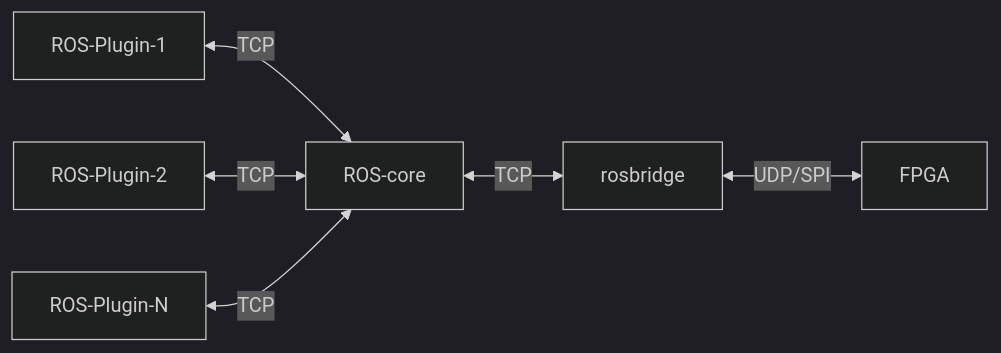
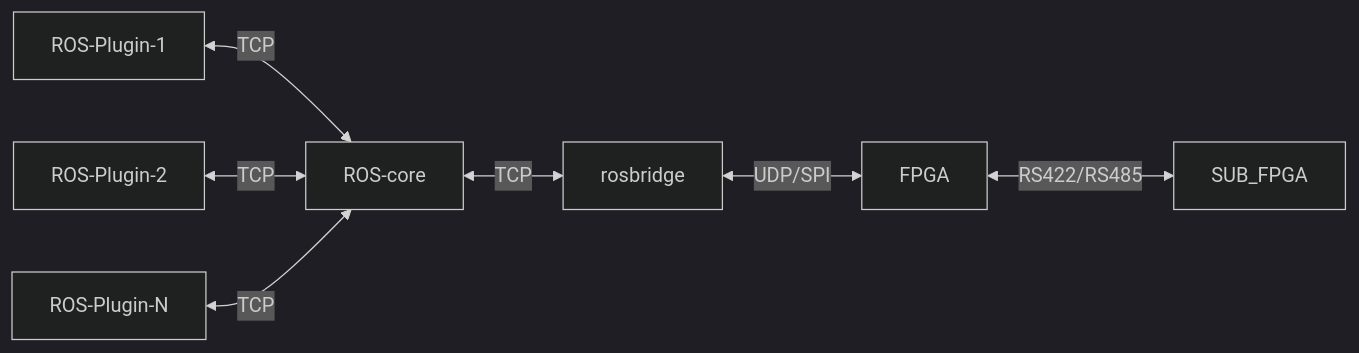
Before and after one commit to multigcs/riocore: the third of 5 diagrams in README.md, drawn with Mermaid (dark theme). The commit also changed other lines of this file and 177 other files, not shown here.

````diff
--- a/README.md
+++ b/README.md
@@ -224,8 +225,9 @@
 ```mermaid
 graph LR;
     ROS-Plugin-1<--TCP-->ROS-core
     ROS-Plugin-2<--TCP-->ROS-core
     ROS-Plugin-N<--TCP-->ROS-core
     ROS-core<--TCP-->rosbridge;
     rosbridge<--UDP/SPI-->FPGA;
+    FPGA<--RS422/RS485-->SUB_FPGA;
 ```
````
